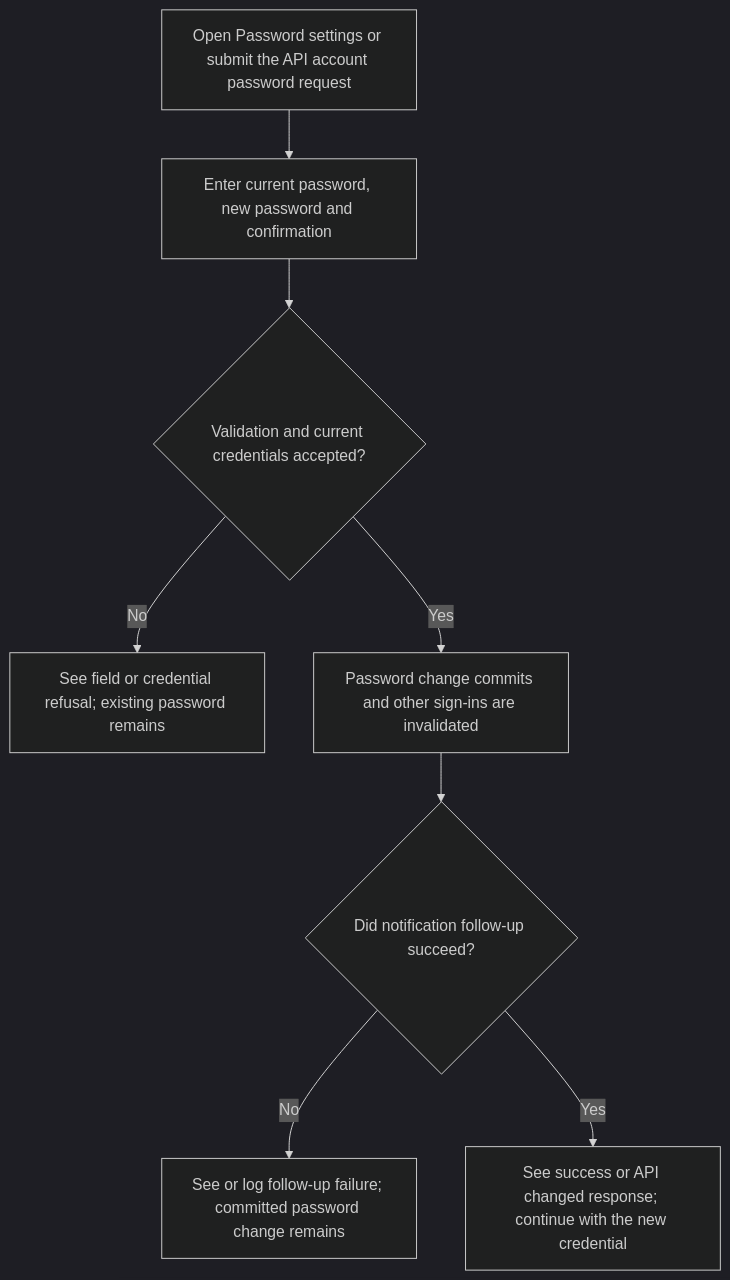
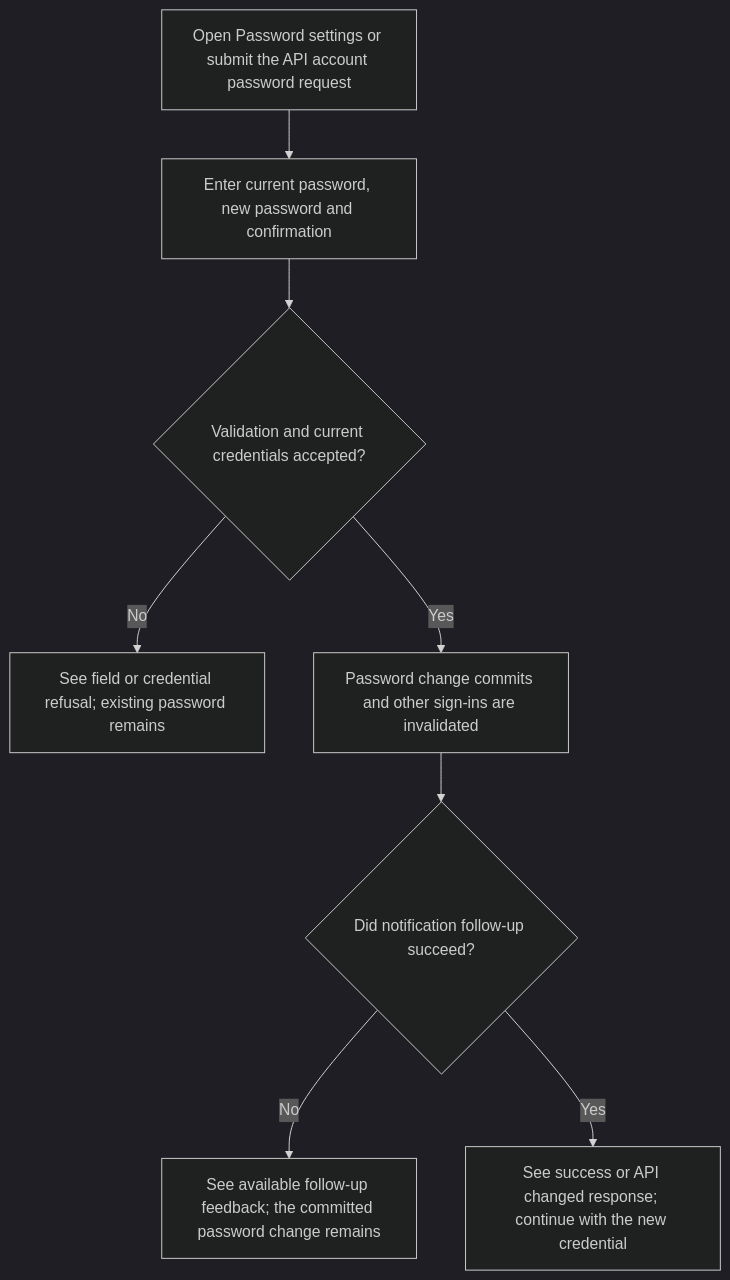
The first of 2 diagrams in user-stories/accounts/us-account-04-change-password.md (Kevinjohn/oss-adonisjs-starter-examples), drawn with Mermaid (dark theme) before and after one commit. The commit also changed other lines of this file and 22 other files, not shown here.

````diff
--- a/user-stories/accounts/us-account-04-change-password.md
+++ b/user-stories/accounts/us-account-04-change-password.md
@@ -29,10 +31,10 @@
 ```mermaid
 flowchart TD
     A["Open Password settings or submit the API account password request"] --> B["Enter current password, new password and confirmation"]
     B --> C{"Validation and current credentials accepted?"}
     C -->|No| D["See field or credential refusal; existing password remains"]
     C -->|Yes| E["Password change commits and other sign-ins are invalidated"]
     E --> F{"Did notification follow-up succeed?"}
-    F -->|No| G["See or log follow-up failure; committed password change remains"]
+    F -->|No| G["See available follow-up feedback; the committed password change remains"]
     F -->|Yes| H["See success or API changed response; continue with the new credential"]
 ```
````
